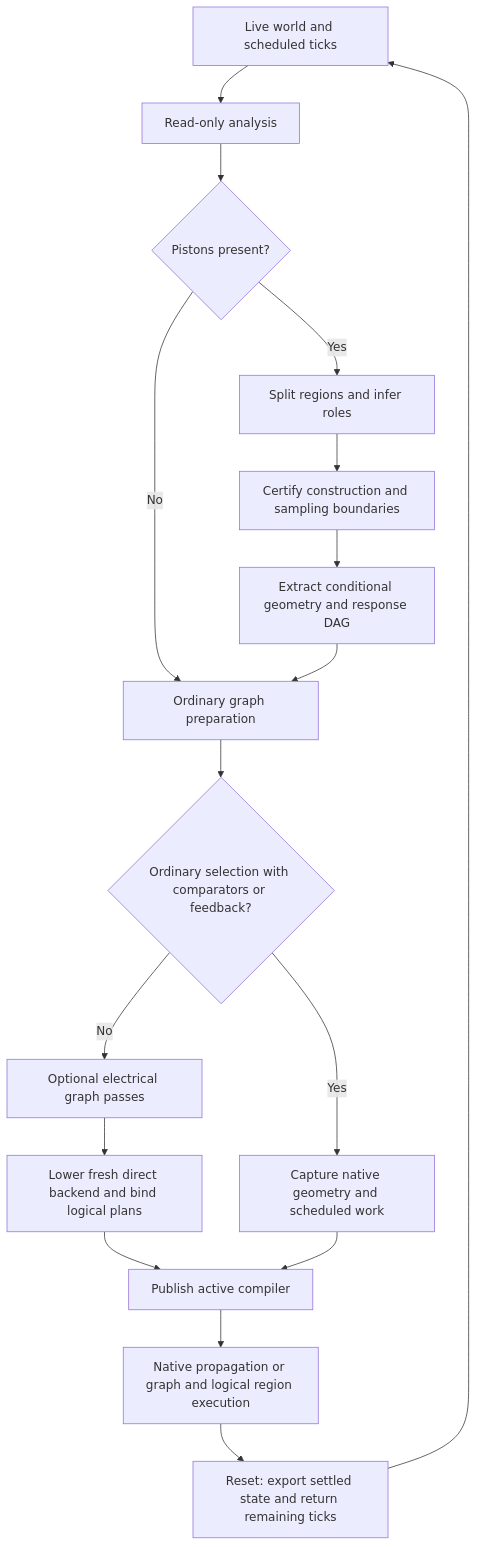
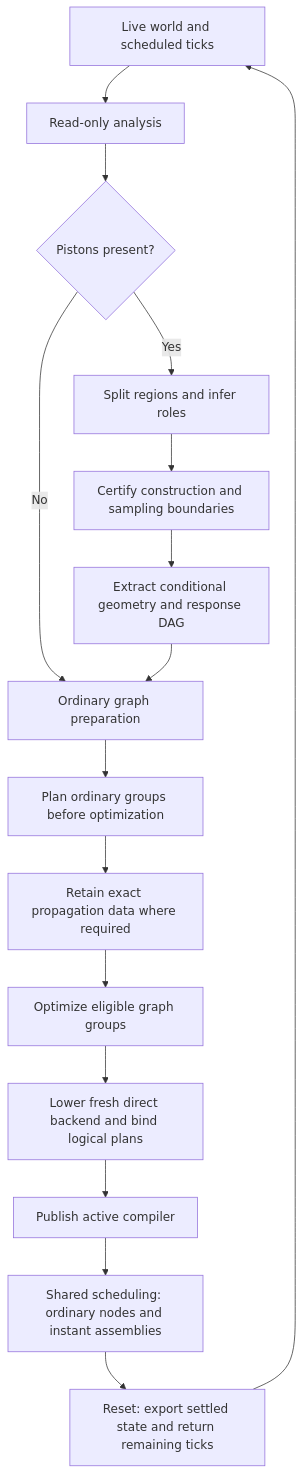
Before and after one commit to Kazik24/MCHPRS: the diagram in docs/REDPILER_ARCHITECTURE.md, drawn with Mermaid. The commit also changed other lines of this file and 45 other files, not shown here.

````diff
--- a/docs/REDPILER_ARCHITECTURE.md
+++ b/docs/REDPILER_ARCHITECTURE.md
@@ -42,19 +42,18 @@
 ```mermaid
 flowchart TD
     W[Live world and scheduled ticks] --> A[Read-only analysis]
     A --> P{Pistons present?}
     P -->|No| G[Ordinary graph preparation]
     P -->|Yes| I[Split regions and infer roles]
     I --> C[Certify construction and sampling boundaries]
     C --> S[Extract conditional geometry and response DAG]
     S --> G
-    G --> N{Ordinary selection with comparators or feedback?}
-    N -->|Yes| V[Capture native geometry and scheduled work]
-    N -->|No| O[Optional electrical graph passes]
+    G --> N[Plan ordinary groups before optimization]
+    N --> V[Retain exact propagation data where required]
+    V --> O[Optimize eligible graph groups]
     O --> B[Lower fresh direct backend and bind logical plans]
     B --> R[Publish active compiler]
-    V --> R
-    R --> T[Native propagation or graph and logical region execution]
+    R --> T[Shared scheduling: ordinary nodes and instant assemblies]
     T --> H[Reset: export settled state and return remaining ticks]
     H --> W
 ```
````
